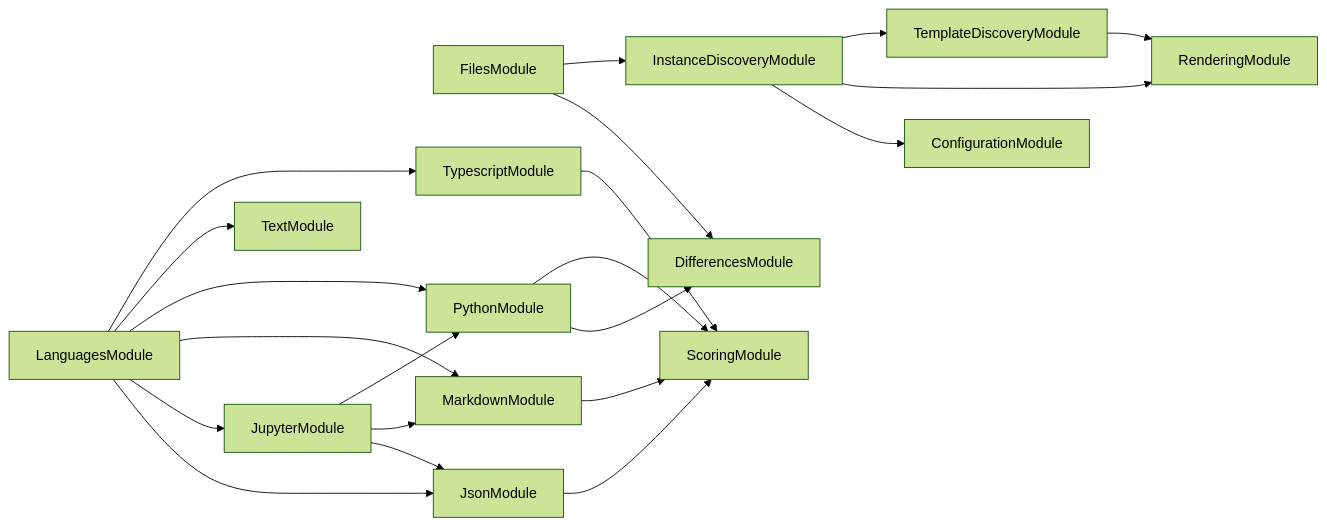
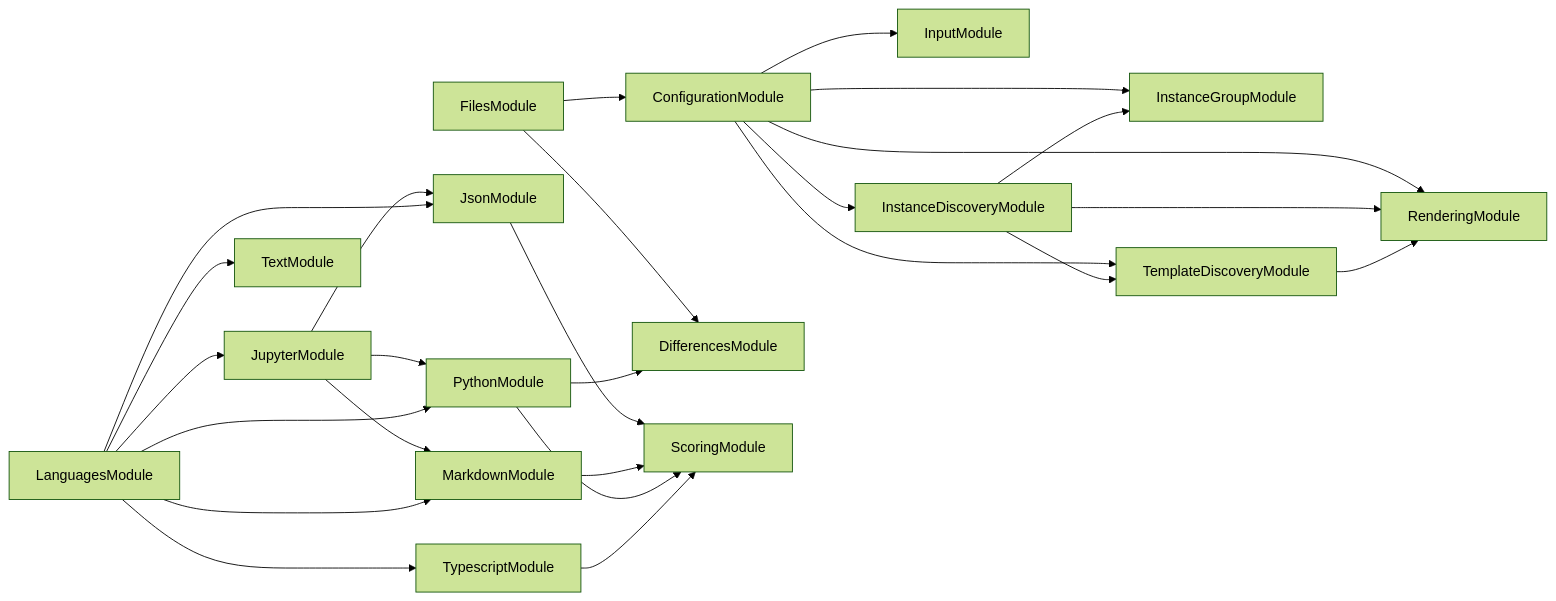
One commit to JimmyPaolini/codebase changed the second of 3 diagrams in packages/ic-suite/conformetry/conformetry-languages/README.md. Above: the diagram before and after it, drawn with Mermaid (forest theme). The commit also changed 17 other files, not shown here.

````diff
--- a/packages/ic-suite/conformetry/conformetry-languages/README.md
+++ b/packages/ic-suite/conformetry/conformetry-languages/README.md
@@ -428,37 +428,44 @@
 ```mermaid
 flowchart LR
   ConfigurationModule
   DifferencesModule
   FilesModule
+  InputModule
   InstanceDiscoveryModule
+  InstanceGroupModule
   JsonModule
   JupyterModule
   LanguagesModule
   MarkdownModule
   PythonModule
   RenderingModule
   ScoringModule
   TemplateDiscoveryModule
   TextModule
   TypescriptModule
+  ConfigurationModule --> InputModule
+  ConfigurationModule --> InstanceDiscoveryModule
+  ConfigurationModule --> InstanceGroupModule
+  ConfigurationModule --> RenderingModule
+  ConfigurationModule --> TemplateDiscoveryModule
+  FilesModule --> ConfigurationModule
   FilesModule --> DifferencesModule
-  FilesModule --> InstanceDiscoveryModule
-  InstanceDiscoveryModule --> ConfigurationModule
+  InstanceDiscoveryModule --> InstanceGroupModule
   InstanceDiscoveryModule --> RenderingModule
   InstanceDiscoveryModule --> TemplateDiscoveryModule
   JsonModule --> ScoringModule
   JupyterModule --> JsonModule
   JupyterModule --> MarkdownModule
   JupyterModule --> PythonModule
   LanguagesModule --> JsonModule
   LanguagesModule --> JupyterModule
   LanguagesModule --> MarkdownModule
   LanguagesModule --> PythonModule
   LanguagesModule --> TextModule
   LanguagesModule --> TypescriptModule
   MarkdownModule --> ScoringModule
   PythonModule --> DifferencesModule
   PythonModule --> ScoringModule
   TemplateDiscoveryModule --> RenderingModule
   TypescriptModule --> ScoringModule
 ```
````
